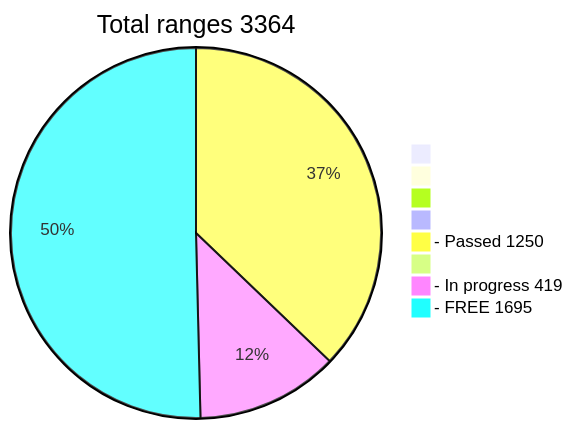
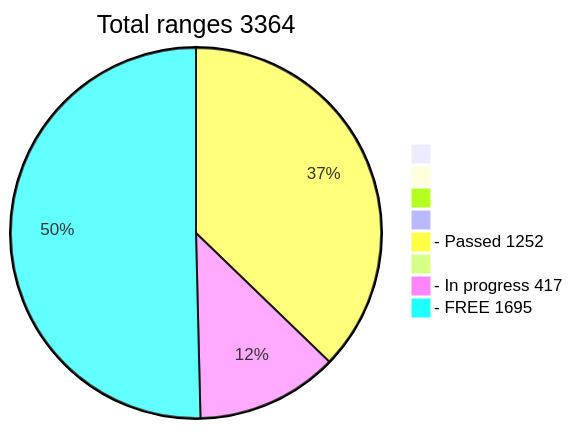
The diagram in README.md (phrutis/wif500), drawn with Mermaid before and after one commit.

````diff
--- a/README.md
+++ b/README.md
@@ -16,12 +16,12 @@
 ```mermaid
 pie title Total ranges 3364
              " " : 0
             "  " : 0
            "   " : 0
           "    " : 0
-  "- Passed 1250" : 1250
+  "- Passed 1252" : 1252
          "     " : 0
-  "- In progress 419" : 419
+  "- In progress 417" : 417
    "- FREE 1695" : 1695
    
 ```
````
